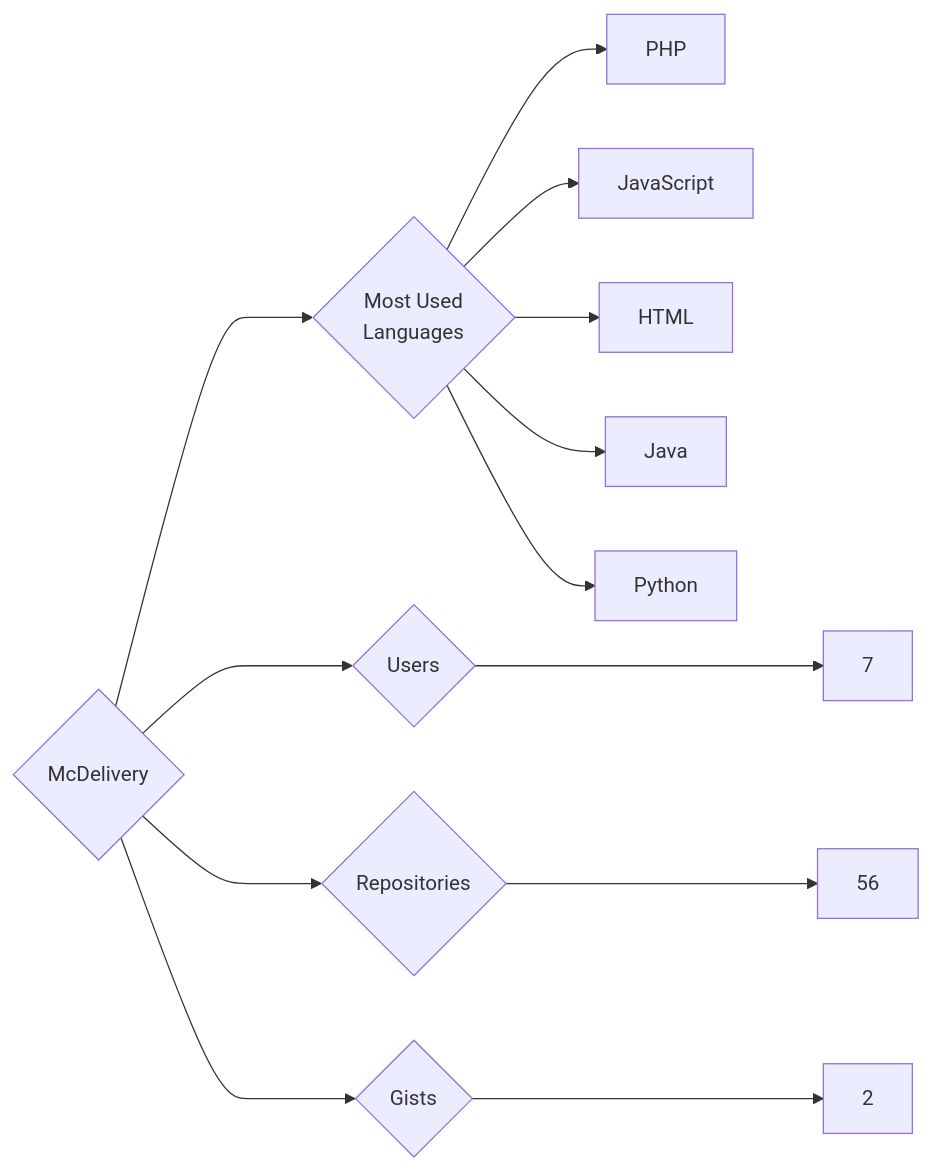
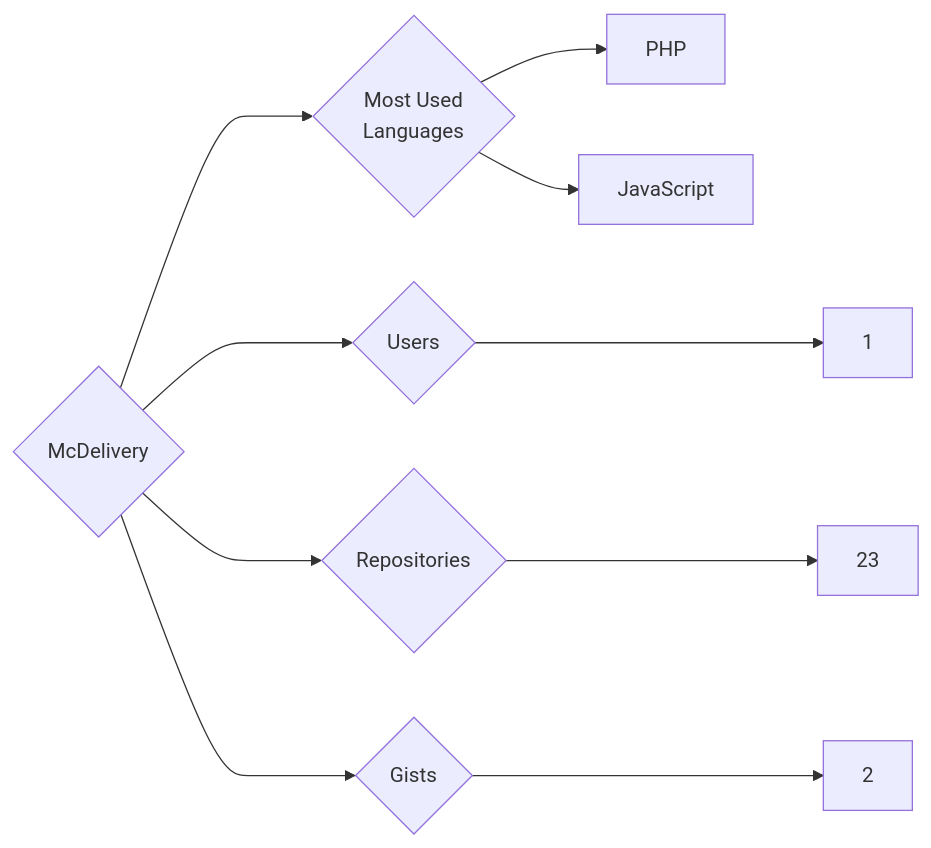
One commit to trickest/insiders changed the diagram in targets/McDelivery/README.md. Above: the diagram before and after it, drawn with Mermaid. The commit also changed 1011 other files, not shown here.

````diff
--- a/targets/McDelivery/README.md
+++ b/targets/McDelivery/README.md
@@ -3,13 +3,10 @@
 ```mermaid
 graph LR
 COMPANY_NAME{McDelivery}
-COMPANY_NAME ---> U{Users} ---> UN[7]
-COMPANY_NAME ---> R{Repositories} ---> RN[56]
+COMPANY_NAME ---> U{Users} ---> UN[1]
+COMPANY_NAME ---> R{Repositories} ---> RN[23]
 COMPANY_NAME ---> G{Gists} ---> GN[2]
 COMPANY_NAME ---> ML{Most Used<br>Languages}
 ML --> PHP[PHP]
 ML --> JavaScript[JavaScript]
-ML --> HTML[HTML]
-ML --> Java[Java]
-ML --> Python[Python]
 ```
````
